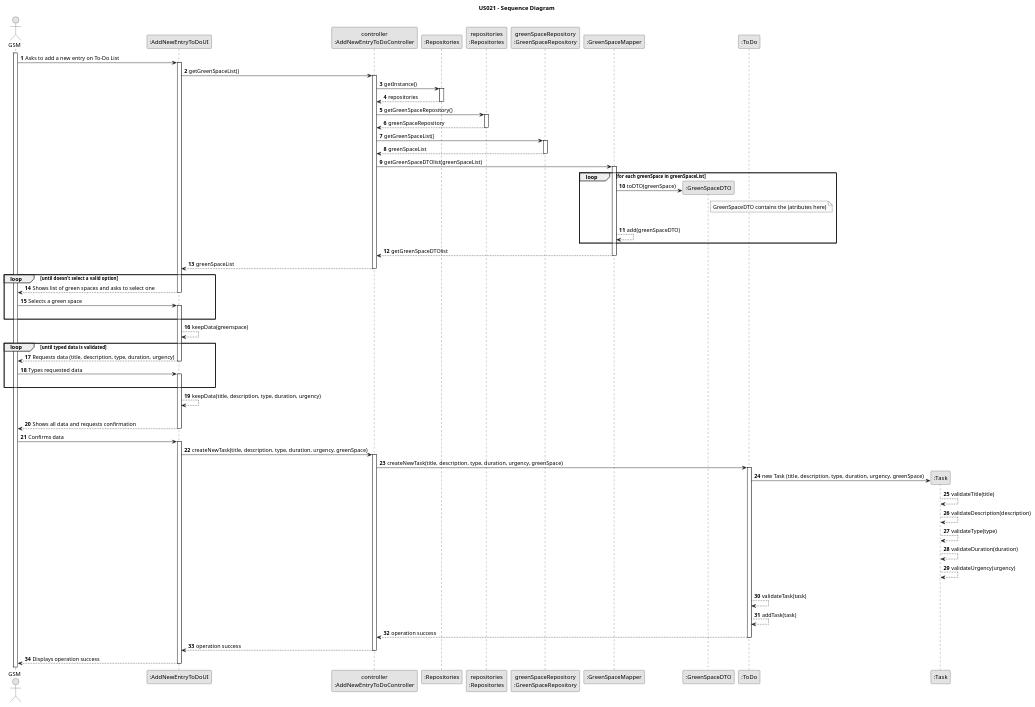
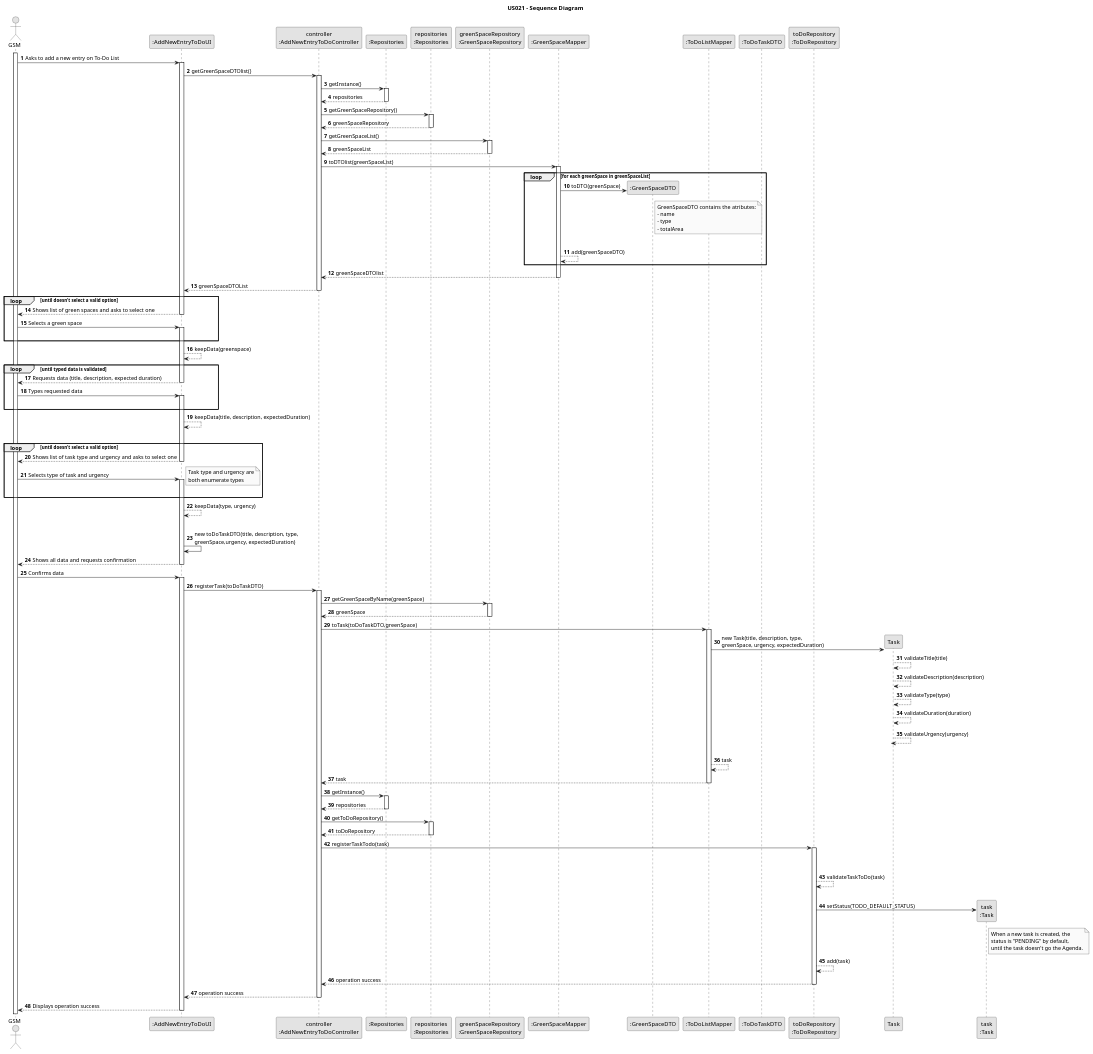
The diagram in docs/sprintC/us021/03.design/puml/us021-sequence-diagram.puml (Rui-San/LAPR2_2023_2024), drawn with PlantUML before and after one commit. The commit also changed 8 other files, not shown here.

Commit message:
TaskDTO and GreenSpaceDTO and controller modification + retified US21 SD.

```diff
--- a/docs/sprintC/us021/03.design/puml/us021-sequence-diagram.puml
+++ b/docs/sprintC/us021/03.design/puml/us021-sequence-diagram.puml
@@ -15,15 +15,20 @@
 participant "greenSpaceRepository\n:GreenSpaceRepository" as GreenSpaceREPO
 participant ":GreenSpaceMapper" as GreenSpaceMapper
 participant ":GreenSpaceDTO" as GreenSpaceDTO
-participant ":ToDo" as Todo
-participant ":Task" as Task
+participant ":ToDoListMapper" as ToDoListMapper
+participant ":ToDoTaskDTO" as ToDoTaskDTO
+participant "toDoRepository\n:ToDoRepository" as Todo
+participant "Task" as Task
+participant "task\n:Task" as TaskSet
+
+
 
 activate GSM
 
     GSM -> UI : Asks to add a new entry on To-Do List
     activate UI
 
-    UI -> CTRL : getGreenSpaceList()
+    UI -> CTRL : getGreenSpaceDTOlist()
     activate CTRL
 
         CTRL -> REPO : getInstance()
@@ -45,20 +50,23 @@
 
         deactivate GreenSpaceREPO
 
-        CTRL -> GreenSpaceMapper : getGreenSpaceDTOlist(greenSpaceList)
+        CTRL -> GreenSpaceMapper : toDTOlist(greenSpaceList)
 
         activate GreenSpaceMapper
 loop for each greenSpace in greenSpaceList
             GreenSpaceMapper -> GreenSpaceDTO** : toDTO(greenSpace)
 
             note right of GreenSpaceDTO
-                                GreenSpaceDTO contains the (atributes here)
+                                GreenSpaceDTO contains the atributes:
+                                - name
+                                - type
+                                - totalArea
                             end note
                             |||
             GreenSpaceMapper --> GreenSpaceMapper : add(greenSpaceDTO)
 
 end loop
-            GreenSpaceMapper --> CTRL : getGreenSpaceDTOlist
+            GreenSpaceMapper --> CTRL : greenSpaceDTOlist
 
 
 
@@ -72,7 +80,7 @@
 
 
 
-CTRL --> UI : greenSpaceList
+CTRL --> UI : greenSpaceDTOList
     deactivate CTRL
 
 
@@ -91,7 +99,7 @@
 
     loop until typed data is validated
 
-        UI --> GSM : Requests data (title, description, type, duration, urgency)
+        UI --> GSM : Requests data (title, description, expected duration)
     deactivate UI
 
     GSM -> UI : Types requested data
@@ -101,8 +109,29 @@
 
     end
 
-        UI --> UI : keepData(title, description, type, duration, urgency)
+        UI --> UI : keepData(title, description, expectedDuration)
         |||
+
+    loop until doesn't select a valid option
+                        UI --> GSM : Shows list of task type and urgency and asks to select one
+                    deactivate UI
+
+                    GSM -> UI : Selects type of task and urgency
+                    note right
+                    Task type and urgency are
+                    both enumerate types
+                    end note
+                    activate UI
+                    |||
+                    end
+
+                UI --> UI : keepData(type, urgency)
+
+
+        |||
+        UI -> UI : new toDoTaskDTO(title, description, type,\ngreenSpace,urgency, expectedDuration)
+
+
 
 
                 UI --> GSM : Shows all data and requests confirmation
@@ -111,33 +140,65 @@
 
     activate UI
 
-    UI -> CTRL : createNewTask(title, description, type, duration, urgency, greenSpace)
+    UI -> CTRL : registerTask(toDoTaskDTO)
     activate CTRL
 
-        CTRL -> Todo : createNewTask(title, description, type, duration, urgency, greenSpace)
+        CTRL -> GreenSpaceREPO : getGreenSpaceByName(greenSpace)
+        activate GreenSpaceREPO
 
-        activate Todo
+            GreenSpaceREPO --> CTRL : greenSpace
+        deactivate GreenSpaceREPO
 
-            Todo -> Task** : new Task (title, description, type, duration, urgency, greenSpace)
+        CTRL -> ToDoListMapper : toTask(toDoTaskDTO,greenSpace)
+
+            activate ToDoListMapper
+
+                ToDoListMapper -> Task ** : new Task(title, description, type,\ngreenSpace, urgency, expectedDuration)
 
             Task --> Task : validateTitle(title)
-
             Task --> Task : validateDescription(description)
-
             Task --> Task : validateType(type)
-
             Task --> Task : validateDuration(duration)
-
             Task --> Task : validateUrgency(urgency)
 
            |||
+           deactivate Task
 
-            Todo --> Todo : validateTask(task)
+            ToDoListMapper --> ToDoListMapper : task
 
-            Todo --> Todo : addTask(task)
+            ToDoListMapper --> CTRL : task
+            deactivate ToDoListMapper
 
-            Todo --> CTRL : operation success
-            deactivate Todo
+            CTRL -> REPO : getInstance()
+                    activate REPO
+
+                        REPO --> CTRL : repositories
+                    deactivate REPO
+                    CTRL -> REPOInstance: getToDoRepository()
+
+                    activate REPOInstance
+
+                        REPOInstance --> CTRL : toDoRepository
+                    deactivate REPOInstance
+
+                    CTRL -> Todo : registerTaskTodo(task)
+
+                    activate Todo
+                    |||
+                    |||
+                    Todo --> Todo : validateTaskToDo(task)
+                    |||
+                    Todo -> TaskSet** : setStatus(TODO_DEFAULT_STATUS)
+                    note right of TaskSet
+                    When a new task is created, the
+                    status is "PENDING" by default,
+                    until the task doesn't go the Agenda.
+                    end note
+                    Todo --> Todo : add(task)
+
+                    Todo --> CTRL : operation success
+                    deactivate Todo
+
             CTRL --> UI : operation success
             deactivate CTRL
         UI --> GSM : Displays operation success
```
